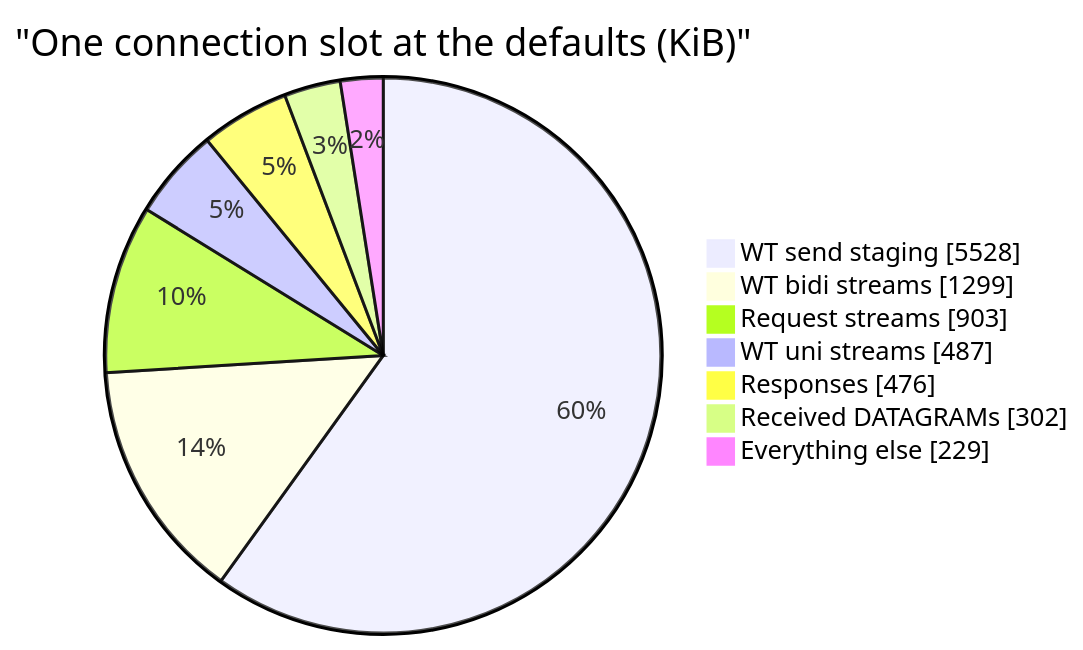
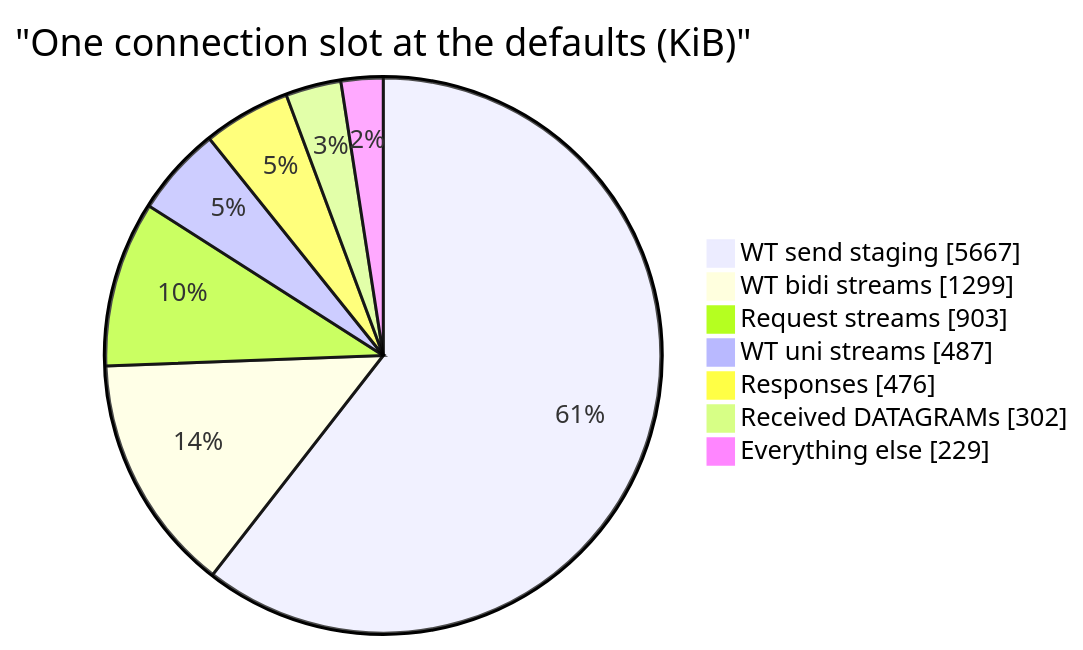
One commit to Hakkadaikon/wired changed the second of 9 diagrams in docs/architecture/memory.md. Above: the diagram before and after it, drawn with Mermaid. The commit also changed other lines of this file and 5 other files, not shown here.

````diff
--- a/docs/architecture/memory.md
+++ b/docs/architecture/memory.md
@@ -59,11 +59,11 @@
 ```mermaid
 pie showData
     title "One connection slot at the defaults (KiB)"
-    "WT send staging" : 5528
+    "WT send staging" : 5667
     "WT bidi streams" : 1299
     "Request streams" : 903
     "WT uni streams" : 487
     "Responses" : 476
     "Received DATAGRAMs" : 302
     "Everything else" : 229
 ```
````
